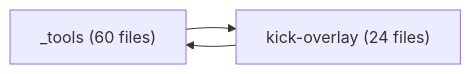
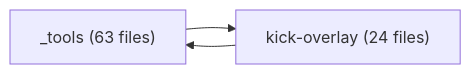
One commit to mateusant13/kick-youtube-overlay-for-twitch-with-adblock changed the diagram in features/INDEX.md. Above: the diagram before and after it, drawn with Mermaid. The commit also changed other lines of this file and 3 other files, not shown here.

````diff
--- a/features/INDEX.md
+++ b/features/INDEX.md
@@ -15,7 +15,7 @@
 ```mermaid
 flowchart LR
-  _tools["_tools (60 files)"]
+  _tools["_tools (63 files)"]
   kick_overlay["kick-overlay (24 files)"]
   _tools --> kick_overlay
   kick_overlay --> _tools
 ```
````
